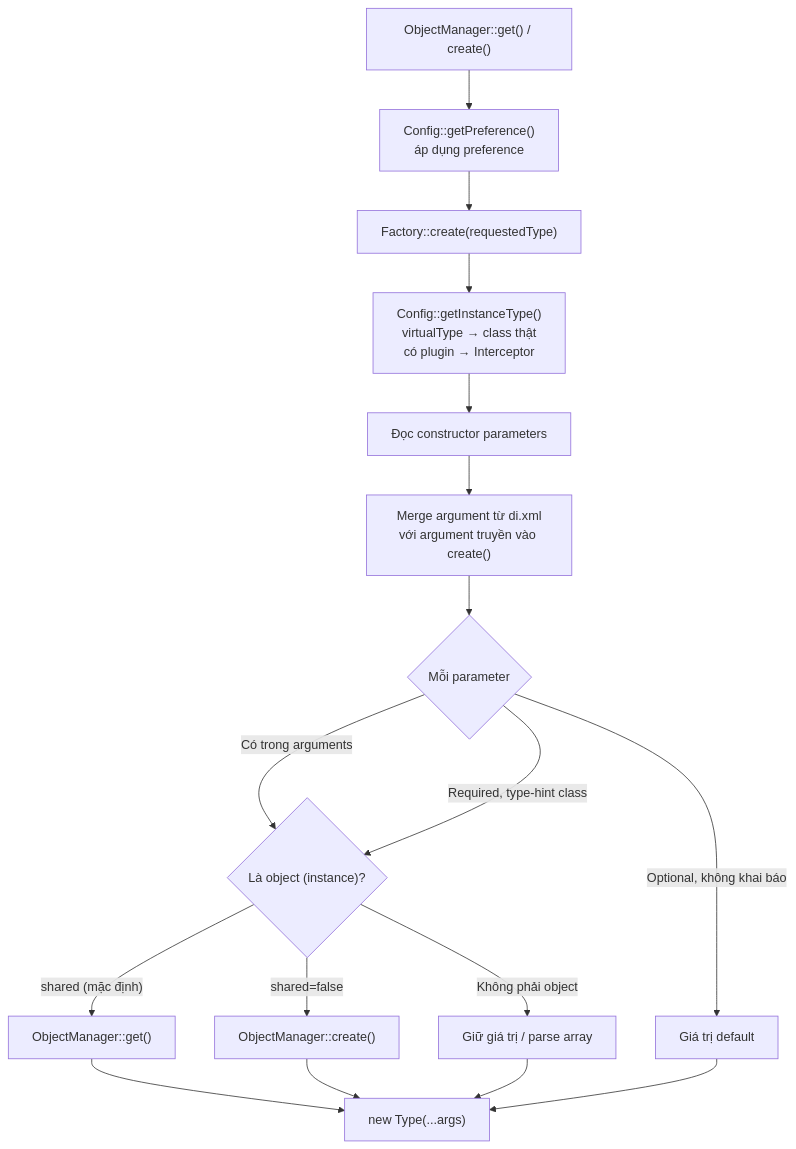
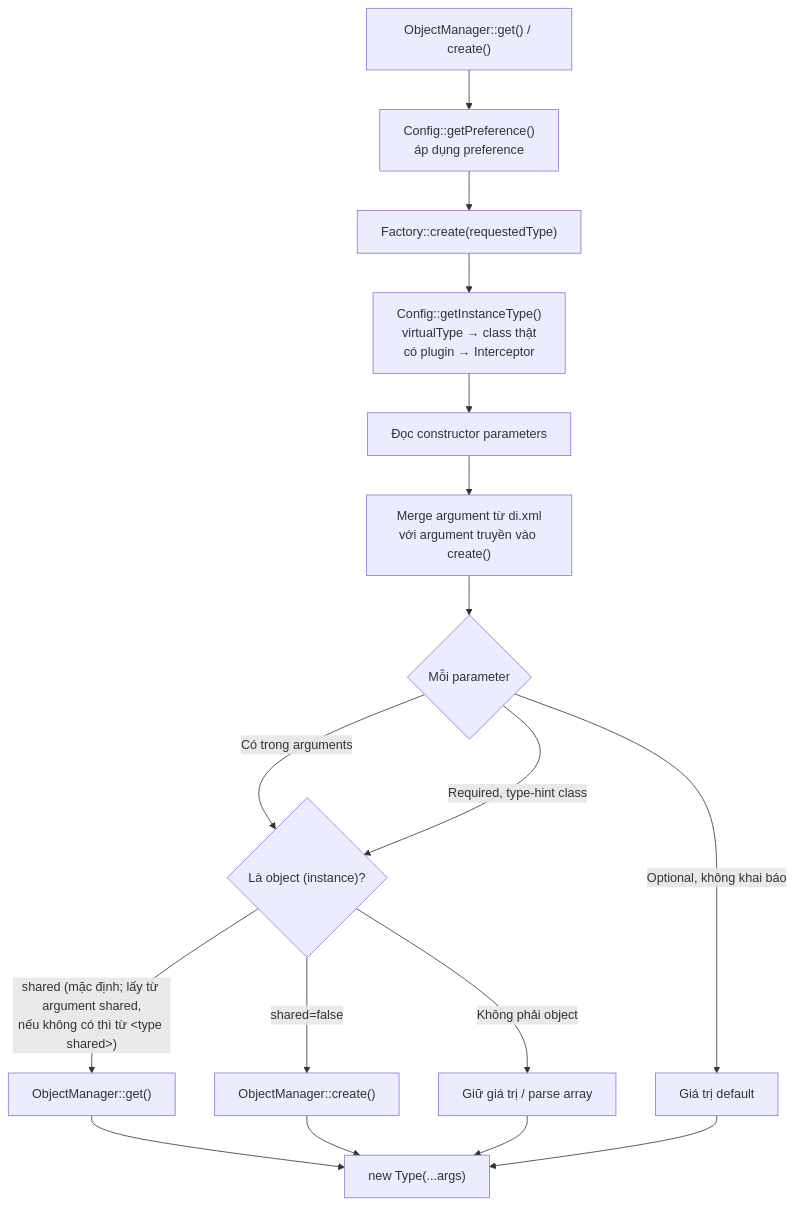
Before and after one commit to dpnam03/dev-doc: the diagram in Dev Docs/10. Magento/10. Knowledge Base/Architecture/DI & Interceptors/Dependency injection configuration.md, drawn with Mermaid. The commit also changed other lines of this file and 1 other file, not shown here.

Commit message:
magento-base-knowledge-architecture - review and update doc Dev Docs/10. Magento/10. Knowledge Base/Architecture/DI & Interceptors

````diff
--- a/Dev Docs/10. Magento/10. Knowledge Base/Architecture/DI & Interceptors/Dependency injection configuration.md
+++ b/Dev Docs/10. Magento/10. Knowledge Base/Architecture/DI & Interceptors/Dependency injection configuration.md
@@ -95,19 +95,19 @@
 ```mermaid
 flowchart TD
     A["ObjectManager::get() / create()"] --> B["Config::getPreference()<br/>áp dụng preference"]
     B --> C["Factory::create(requestedType)"]
     C --> D["Config::getInstanceType()<br/>virtualType → class thật<br/>có plugin → Interceptor"]
     D --> E["Đọc constructor parameters"]
     E --> F["Merge argument từ di.xml<br/>với argument truyền vào create()"]
     F --> G{"Mỗi parameter"}
     G -- "Có trong arguments" --> H{"Là object (instance)?"}
     G -- "Required, type-hint class" --> H
     G -- "Optional, không khai báo" --> J["Giá trị default"]
-    H -- "shared (mặc định)" --> L["ObjectManager::get()"]
+    H -- "shared (mặc định; lấy từ argument shared,<br/>nếu không có thì từ &lt;type shared&gt;)" --> L["ObjectManager::get()"]
     H -- "shared=false" --> M["ObjectManager::create()"]
     H -- "Không phải object" --> N["Giữ giá trị / parse array"]
     L --> O["new Type(...args)"]
     M --> O
     N --> O
     J --> O
 ```
````
